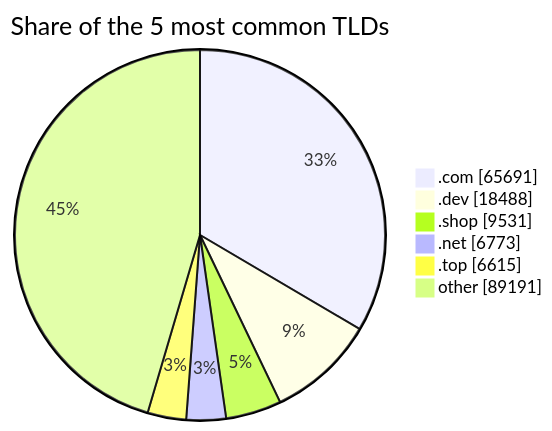
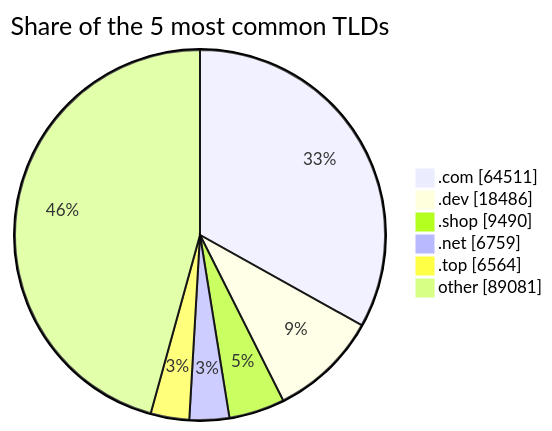
Before and after one commit to DNSBunker/CTI: the third of 3 diagrams in README.md, drawn with Mermaid. The commit also changed other lines of this file and 3 other files, not shown here.

````diff
--- a/README.md
+++ b/README.md
@@ -81,9 +81,9 @@
 ```mermaid
 pie showData title Share of the 5 most common TLDs
-    ".com" : 65691
-    ".dev" : 18488
-    ".shop" : 9531
-    ".net" : 6773
-    ".top" : 6615
-    "other" : 89191
+    ".com" : 64511
+    ".dev" : 18486
+    ".shop" : 9490
+    ".net" : 6759
+    ".top" : 6564
+    "other" : 89081
 ```
````
